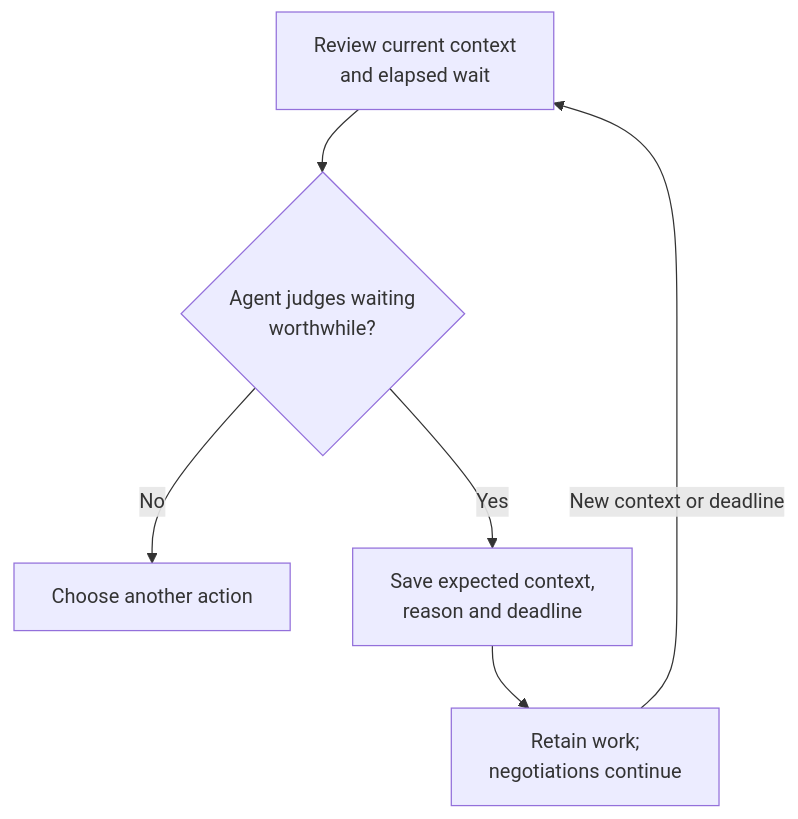
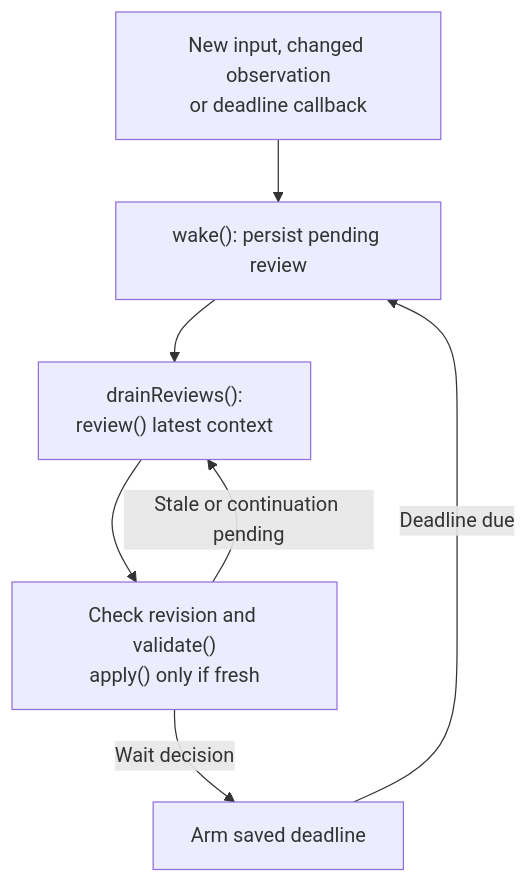
Before and after one commit to indexnetwork/index: the second of 2 diagrams in docs/agent-communication.spec.md, drawn with Mermaid. The commit also changed other lines of this file and 1 other file, not shown here.

Commit message:
docs(agent): specify functions, state, and wake behavior

````diff
--- a/docs/agent-communication.spec.md
+++ b/docs/agent-communication.spec.md
@@ -142,8 +183,9 @@
 ```mermaid
 flowchart TD
-    R["Review current context<br/>and elapsed wait"] --> D{"Agent judges waiting<br/>worthwhile?"}
-    D -->|No| A["Choose another action"]
-    D -->|Yes| S["Save expected context,<br/>reason and deadline"]
-    S --> W["Retain work;<br/>negotiations continue"]
-    W -->|New context or deadline| R
+    E["New input, changed observation<br/>or deadline callback"] --> W["wake(): persist pending review"]
+    W --> R["drainReviews():<br/>review() latest context"]
+    R --> A["Check revision and validate()<br/>apply() only if fresh"]
+    A -->|Stale or continuation pending| R
+    A -->|Wait decision| T["Arm saved deadline"]
+    T -->|Deadline due| W
 ```
````
